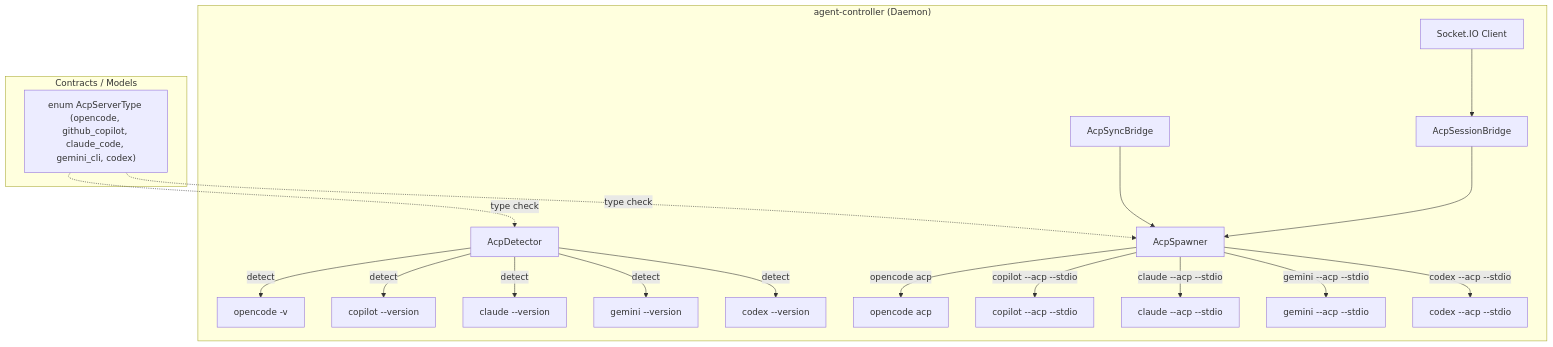
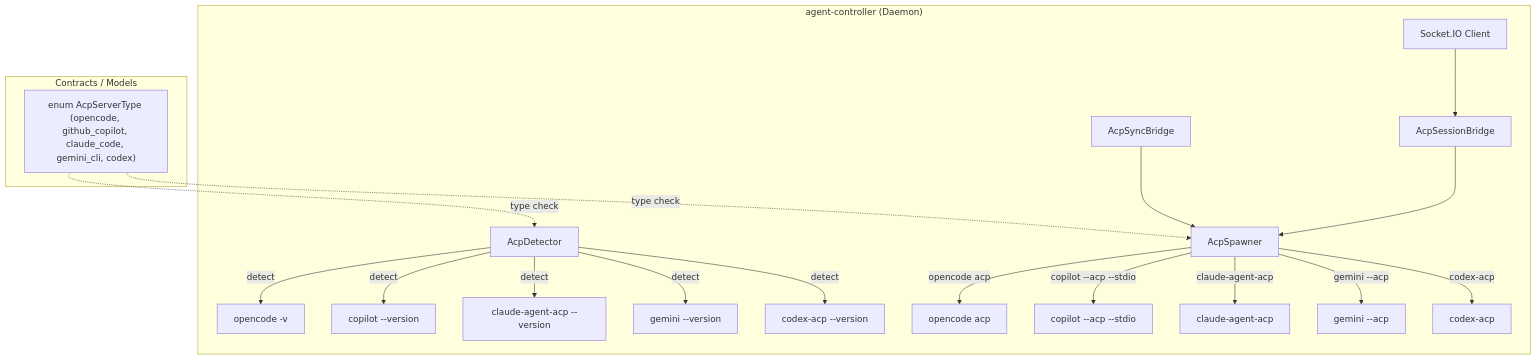
One commit to Deliay/z-agent-gear changed the first of 2 diagrams in docs/engineering/proposals/20260705-feat-acp-server-extend.md. Above: the diagram before and after it, drawn with Mermaid. The commit also changed other lines of this file, not shown here.

Commit message:
fix: correct Claude/Codex/Gemini ACP launch commands based on research

````diff
--- a/docs/engineering/proposals/20260705-feat-acp-server-extend.md
+++ b/docs/engineering/proposals/20260705-feat-acp-server-extend.md
@@ -40,33 +46,33 @@
 ```mermaid
 graph TD
     subgraph "agent-controller (Daemon)"
         DET[AcpDetector]
         SIO[Socket.IO Client]
         BR[AcpSessionBridge]
         SYNC[AcpSyncBridge]
         SPAWN[AcpSpawner]
 
         DET -->|detect| OC1[opencode -v]
         DET -->|detect| GC[copilot --version]
-        DET -->|detect| CC[claude --version]
+        DET -->|detect| CA[claude-agent-acp --version]
         DET -->|detect| GM[gemini --version]
-        DET -->|detect| CX[codex --version]
+        DET -->|detect| CX[codex-acp --version]
 
         SIO --> BR
         BR --> SPAWN
         SYNC --> SPAWN
 
         SPAWN -->|"opencode acp"| OCPROC[opencode acp]
         SPAWN -->|"copilot --acp --stdio"| CPROC[copilot --acp --stdio]
-        SPAWN -->|"claude --acp --stdio"| CCPROC[claude --acp --stdio]
-        SPAWN -->|"gemini --acp --stdio"| GMPROC[gemini --acp --stdio]
-        SPAWN -->|"codex --acp --stdio"| CXPROC[codex --acp --stdio]
+        SPAWN -->|"claude-agent-acp"| CAPROC[claude-agent-acp]
+        SPAWN -->|"gemini --acp"| GMPROC[gemini --acp]
+        SPAWN -->|"codex-acp"| CXPROC[codex-acp]
     end
 
     subgraph "Contracts / Models"
         ENUM["enum AcpServerType (opencode, github_copilot, claude_code, gemini_cli, codex)"]
     end
 
     ENUM -.->|type check| SPAWN
     ENUM -.->|type check| DET
 ```
````
